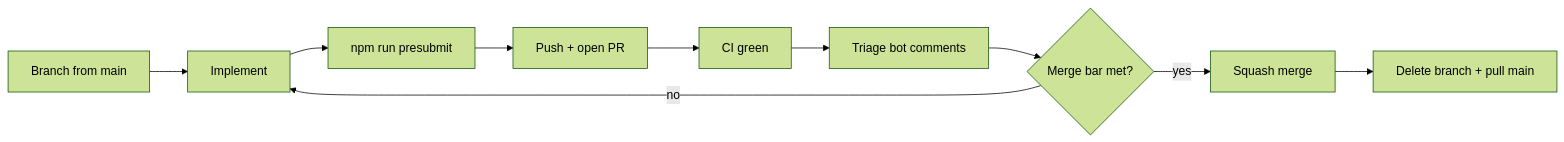
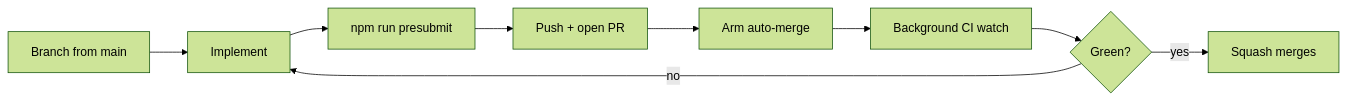
The diagram in docs/PR_WORKFLOW.md (tiffz/labs), drawn with Mermaid (forest theme) before and after one commit. The commit also changed other lines of this file and 43 other files, not shown here.

````diff
--- a/docs/PR_WORKFLOW.md
+++ b/docs/PR_WORKFLOW.md
@@ -39,12 +25,11 @@
 ```mermaid
 flowchart LR
   A[Branch from main] --> B[Implement]
   B --> C["npm run presubmit"]
   C --> D[Push + open PR]
-  D --> E[CI green]
-  E --> F[Triage bot comments]
-  F --> G{Merge bar met?}
-  G -->|yes| H[Squash merge]
+  D --> E[Arm auto-merge]
+  E --> F[Background CI watch]
+  F --> G{Green?}
+  G -->|yes| H[Squash merges]
   G -->|no| B
-  H --> I[Delete branch + pull main]
 ```
````
